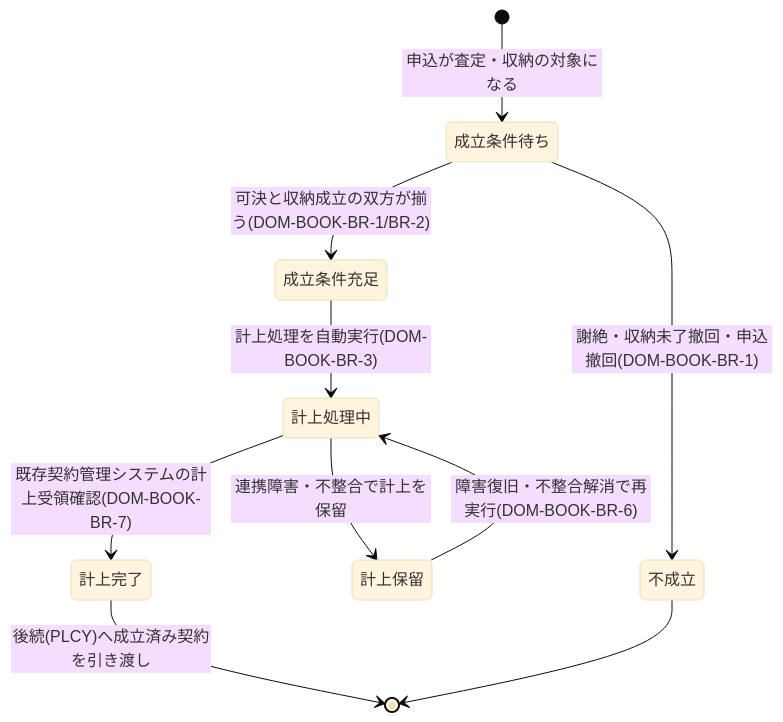
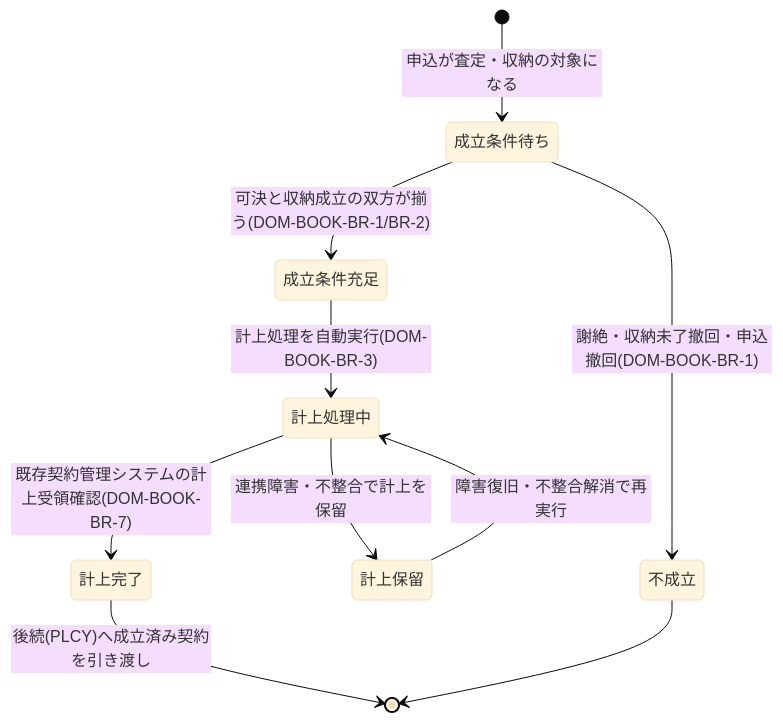
The diagram in docs/D1.business-requirements/domain-requirements/booking-requirement-document.md (Acceler-Digital/karura-sample-artifacts-individual-life-insurance-new-business), drawn with Mermaid (base theme) before and after one commit. The commit also changed other lines of this file and 19 other files, not shown here.

````diff
--- a/docs/D1.business-requirements/domain-requirements/booking-requirement-document.md
+++ b/docs/D1.business-requirements/domain-requirements/booking-requirement-document.md
@@ -36,12 +39,12 @@
 ```mermaid
 stateDiagram-v2
     [*] --> 成立条件待ち: 申込が査定・収納の対象になる
     成立条件待ち --> 成立条件充足: 可決と収納成立の双方が揃う(DOM-BOOK-BR-1/BR-2)
     成立条件待ち --> 不成立: 謝絶・収納未了撤回・申込撤回(DOM-BOOK-BR-1)
     成立条件充足 --> 計上処理中: 計上処理を自動実行(DOM-BOOK-BR-3)
     計上処理中 --> 計上完了: 既存契約管理システムの計上受領確認(DOM-BOOK-BR-7)
     計上処理中 --> 計上保留: 連携障害・不整合で計上を保留
-    計上保留 --> 計上処理中: 障害復旧・不整合解消で再実行(DOM-BOOK-BR-6)
+    計上保留 --> 計上処理中: 障害復旧・不整合解消で再実行
     計上完了 --> [*]: 後続(PLCY)へ成立済み契約を引き渡し
     不成立 --> [*]
 ```
````
